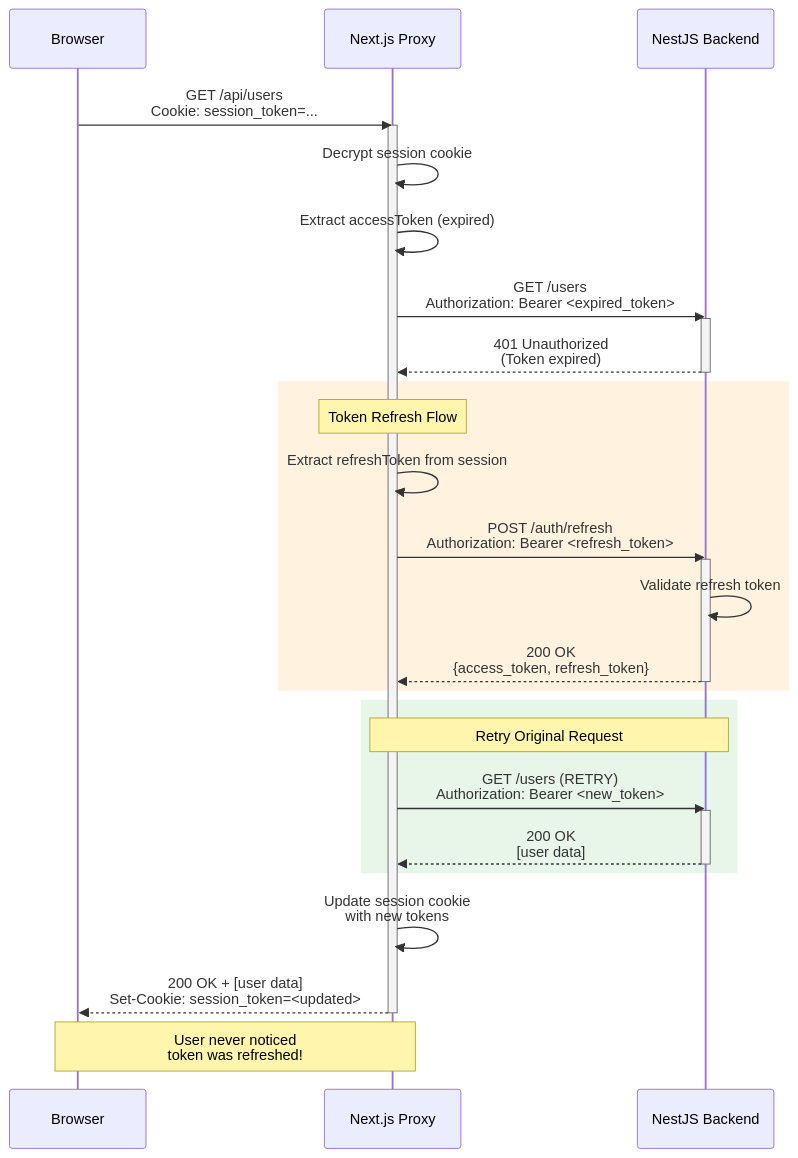
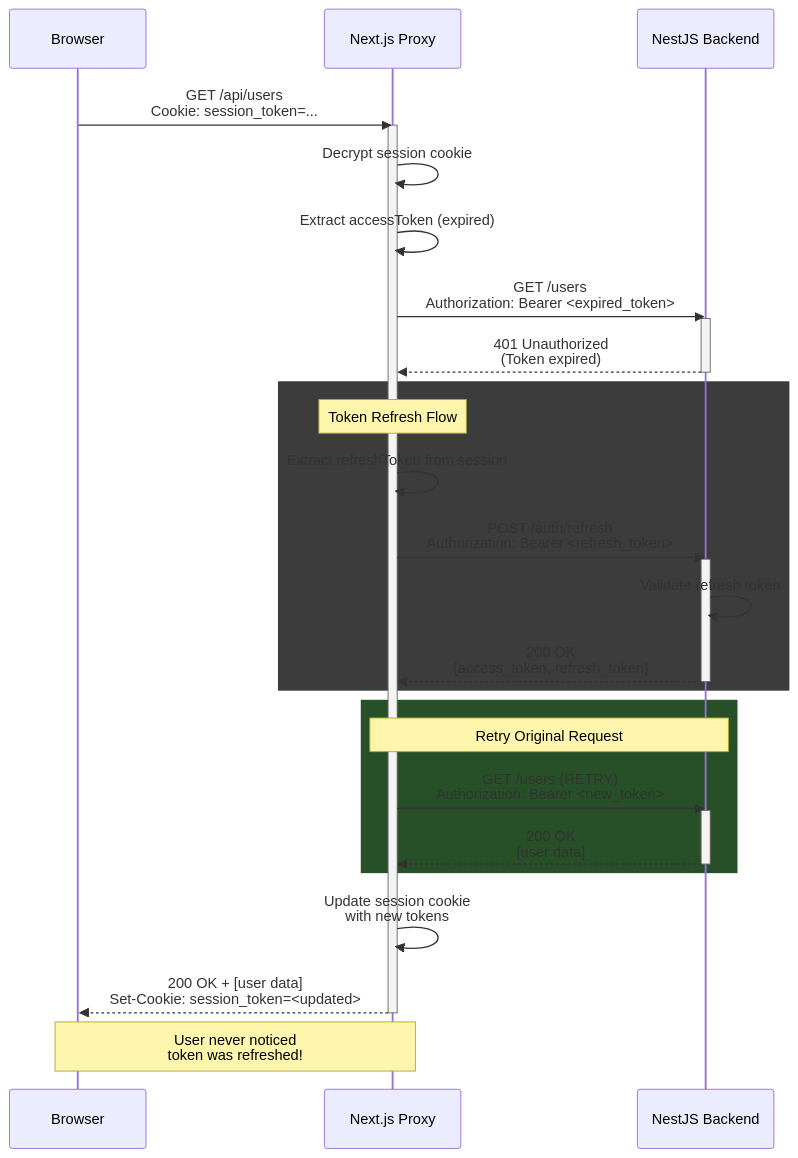
The seventh of 7 diagrams in API_PROXY_GUIDE.md (kisstamasj/nestjs-nextjs-api-proxy), drawn with Mermaid before and after one commit.

Commit message:
style: Adjust diagram rectangle colors in the API proxy guide.

````diff
--- a/API_PROXY_GUIDE.md
+++ b/API_PROXY_GUIDE.md
@@ -543,38 +543,38 @@
 ```mermaid
 sequenceDiagram
     participant Browser
     participant Proxy as Next.js Proxy
     participant Backend as NestJS Backend
     
     Browser->>Proxy: GET /api/users<br/>Cookie: session_token=...
     activate Proxy
     Proxy->>Proxy: Decrypt session cookie
     Proxy->>Proxy: Extract accessToken (expired)
     Proxy->>Backend: GET /users<br/>Authorization: Bearer <expired_token>
     activate Backend
     Backend-->>Proxy: 401 Unauthorized<br/>(Token expired)
     deactivate Backend
     
-    rect rgb(255, 243, 224)
+    rect rgb(60, 60, 60)
         Note over Proxy: Token Refresh Flow
         Proxy->>Proxy: Extract refreshToken from session
         Proxy->>Backend: POST /auth/refresh<br/>Authorization: Bearer <refresh_token>
         activate Backend
         Backend->>Backend: Validate refresh token
         Backend-->>Proxy: 200 OK<br/>{access_token, refresh_token}
         deactivate Backend
     end
     
-    rect rgb(232, 245, 233)
+    rect rgb(40, 80, 40)
         Note over Proxy,Backend: Retry Original Request
         Proxy->>Backend: GET /users (RETRY)<br/>Authorization: Bearer <new_token>
         activate Backend
         Backend-->>Proxy: 200 OK<br/>[user data]
         deactivate Backend
     end
     
     Proxy->>Proxy: Update session cookie<br/>with new tokens
     Proxy-->>Browser: 200 OK + [user data]<br/>Set-Cookie: session_token=<updated>
     deactivate Proxy
     Note over Browser,Proxy: User never noticed<br/>token was refreshed!
 ```
````
